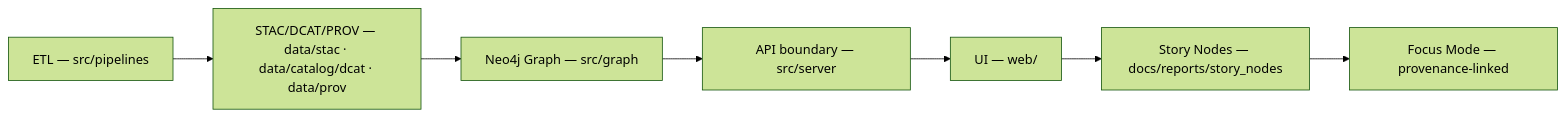
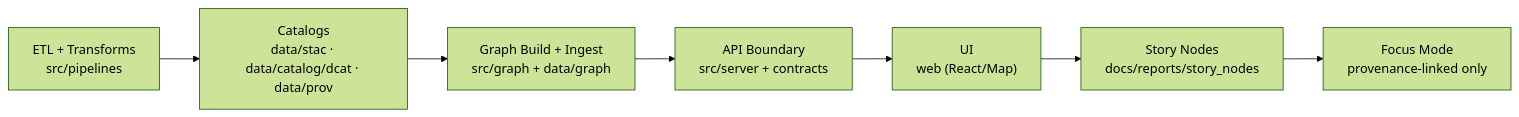
One commit to bartytime4life/Kansas-Frontier-Matrix changed the first of 2 diagrams in src/README.md. Above: the diagram before and after it, drawn with Mermaid (forest theme). The commit also changed other lines of this file, not shown here.

```diff
--- a/src/README.md
+++ b/src/README.md
@@ -136,9 +203,9 @@
 ~~~mermaid
 flowchart LR
-  A["ETL — src/pipelines"] --> B["STAC/DCAT/PROV — data/stac · data/catalog/dcat · data/prov"]
-  B --> C["Neo4j Graph — src/graph"]
-  C --> D["API boundary — src/server"]
-  D --> E["UI — web/"]
-  E --> F["Story Nodes — docs/reports/story_nodes"]
-  F --> G["Focus Mode — provenance-linked"]
+  A["ETL + Transforms<br/>src/pipelines"] --> B["Catalogs<br/>data/stac · data/catalog/dcat · data/prov"]
+  B --> C["Graph Build + Ingest<br/>src/graph + data/graph"]
+  C --> D["API Boundary<br/>src/server + contracts"]
+  D --> E["UI<br/>web (React/Map)"]
+  E --> F["Story Nodes<br/>docs/reports/story_nodes"]
+  F --> G["Focus Mode<br/>provenance-linked only"]
 ~~~
```
